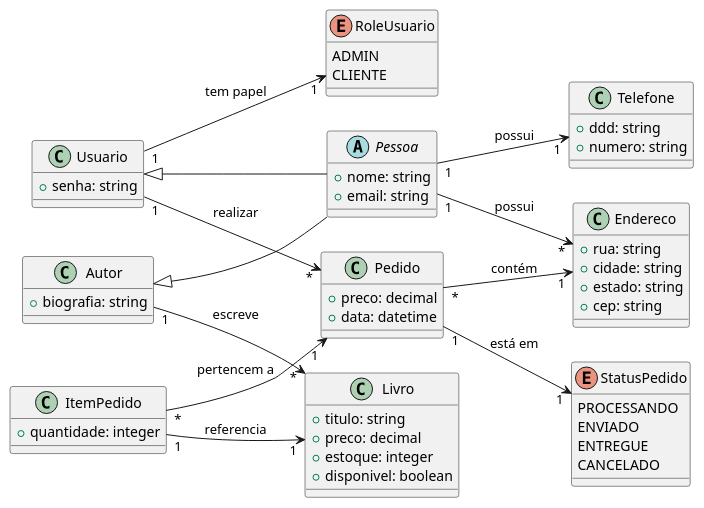
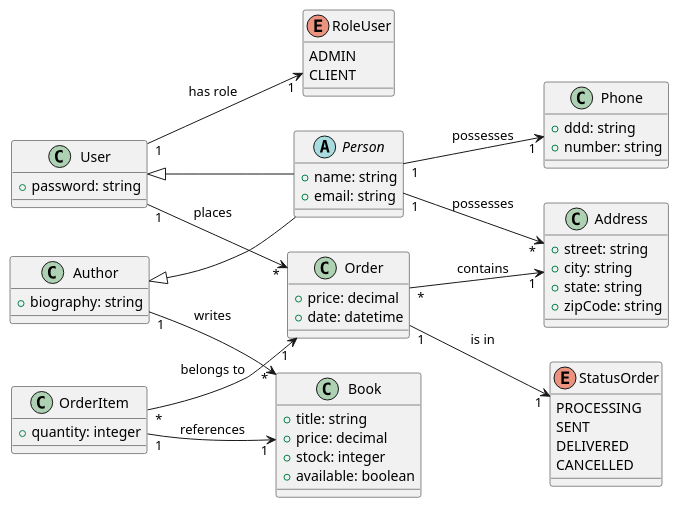
Before and after one commit to Brunosno/book_store: the diagram in app/views/diag.plantuml, drawn with PlantUML. The commit also changed 45 other files, not shown here.

```diff
--- a/app/views/diag.plantuml
+++ b/app/views/diag.plantuml
@@ -1,74 +1,72 @@
 @startuml
 left to right direction
 
-abstract class Pessoa{
-    + nome: string
+abstract class Person{
+    + name: string
     + email: string
 }
 
-class Telefone {
+class Phone {
     + ddd: string
-    + numero: string
+    + number: string
 }
 
-class Endereco {
-    + rua: string
-    + cidade: string
-    + estado: string
-    + cep: string
+class Address {
+    + street: string
+    + city: string
+    + state: string
+    + zipCode: string
 }
 
-class Usuario {
-    + senha: string
+class User {
+    + password: string
 }
 
-enum RoleUsuario {
+enum RoleUser {
     ADMIN
-    CLIENTE
+    CLIENT
 }
 
-class Autor{
-    + biografia: string
+class Author{
+    + biography: string
 }
 
-class Livro {
-    + titulo: string
-    + preco: decimal
-    + estoque: integer
-    + disponivel: boolean
+class Book {
+    + title: string
+    + price: decimal
+    + stock: integer
+    + available: boolean
 }
 
-class Pedido {
-    + preco: decimal
-    + data: datetime
+class Order {
+    + price: decimal
+    + date: datetime
 }
 
-class ItemPedido {
-    + quantidade: integer
+class OrderItem {
+    + quantity: integer
 }
 
-enum StatusPedido {
-    PROCESSANDO
-    ENVIADO
-    ENTREGUE
-    CANCELADO
+enum StatusOrder {
+    PROCESSING
+    SENT
+    DELIVERED
+    CANCELLED
 }
 
-Usuario <|-- Pessoa
-Autor <|-- Pessoa
+User <|-- Person
+Author <|-- Person
 
-Pessoa "1" --> "*" Endereco : possui
-Pessoa "1" --> "1" Telefone : possui
+Person "1" --> "*" Address : possesses
+Person "1" --> "1" Phone : possesses
+User "1" --> "*" Order : places
+User "1" --> "1" RoleUser : has role
 
-Usuario "1" --> "*" Pedido : realizar
-Usuario "1" --> "1" RoleUsuario : tem papel
+OrderItem "1" --> "1" Book : references
+OrderItem "*" --> "1" Order : belongs to
+Order "1" --> "1" StatusOrder : is in
+Order "*" --> "1" Address : contains
 
-ItemPedido "1" --> "1" Livro : referencia
-ItemPedido "*" --> "1" Pedido : pertencem a
-
-Pedido "1" --> "1" StatusPedido : está em
-Pedido "*" --> "1" Endereco : contém
-
-Autor "1" --> "*" Livro : escreve
+Author "1" --> "*" Book : writes
 
 @enduml
```
